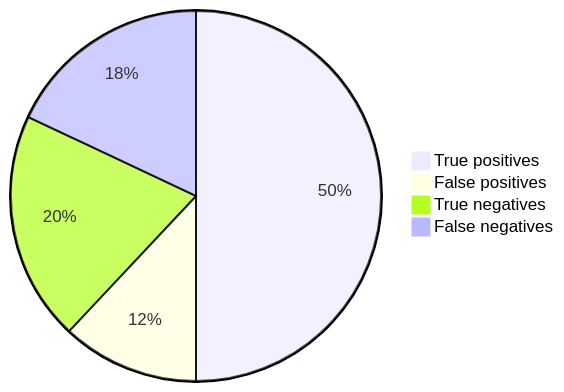
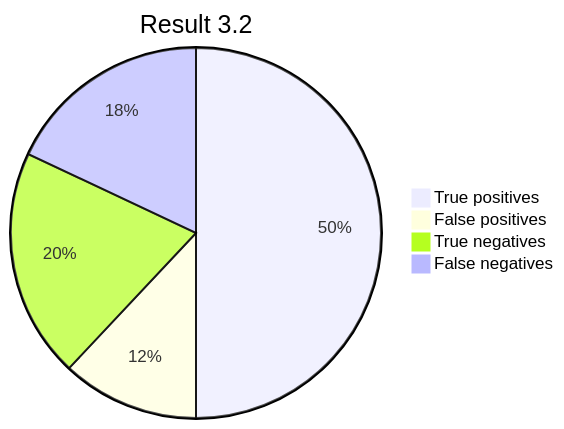
Before and after one commit to VCityTeam/PEPR-VDBI: the third of 3 diagrams in data-integration/README.md, drawn with Mermaid. The commit also changed other lines of this file and 8 other files, not shown here.

Commit message:
update mermaid themes for light backgrounds

````diff
--- a/data-integration/README.md
+++ b/data-integration/README.md
@@ -467,7 +469,10 @@
 ```mermaid
+---
+title: Result 3.2
+---
 pie
   "True positives" : 25
   "False positives" : 6
   "True negatives" : 10
   "False negatives" : 9
 ```
````
